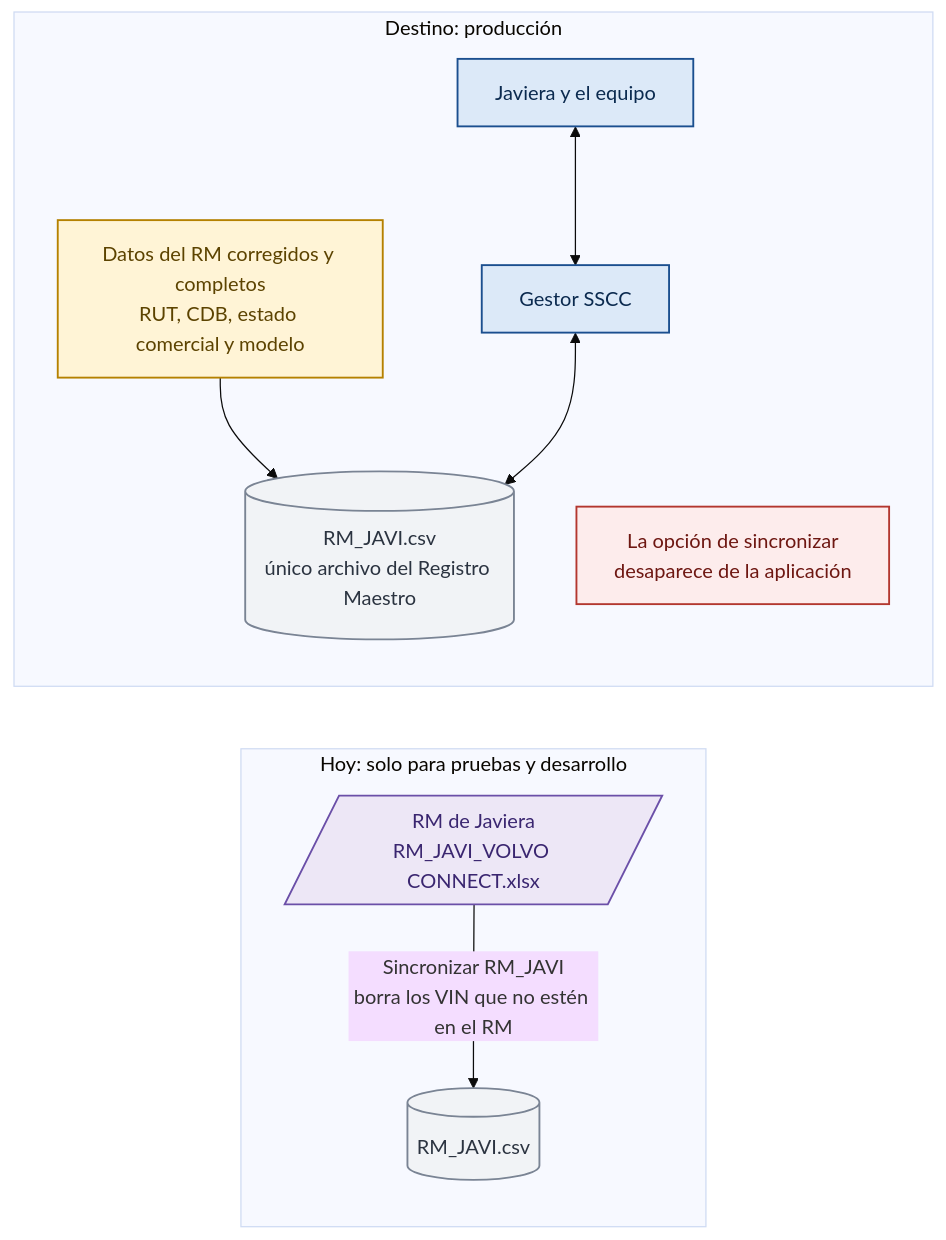
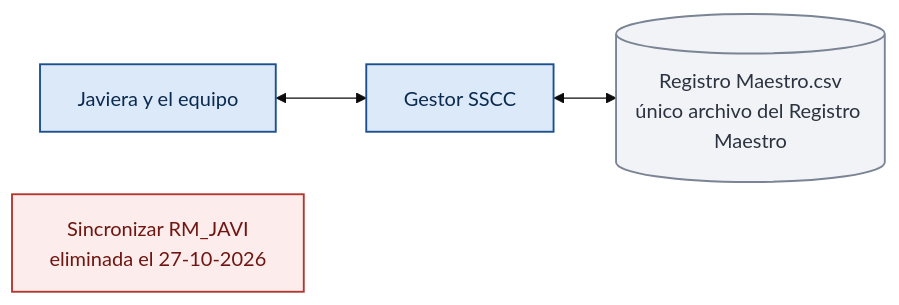
Diagram 19 of 31 in Fase 2/Evidencias Proyecto/Evidencias de documentación/docs/08. Arquitectura Visual y Diagramas.md (felipeMon20/PTY4614-302-EQUIPO-2), drawn with Mermaid (base theme) before and after one commit. The commit also changed other lines of this file and 315 other files, not shown here.

First line of the commit message:
Fase 2: actualiza Gestor SSCC a la version final (Evidencias de sistema y documentacion)

````diff
--- a/Fase 2/Evidencias Proyecto/Evidencias de documentación/docs/08. Arquitectura Visual y Diagramas.md
+++ b/Fase 2/Evidencias Proyecto/Evidencias de documentación/docs/08. Arquitectura Visual y Diagramas.md
@@ -648,22 +663,14 @@
 ```mermaid
 flowchart LR
-    subgraph HOY["Hoy: solo para pruebas y desarrollo"]
-        direction TB
-        RMX[/"RM de Javiera<br/>RM_JAVI_VOLVO CONNECT.xlsx"/]:::externo -->|"Sincronizar RM_JAVI<br/>borra los VIN que no estén en el RM"| RMC[("RM_JAVI.csv")]:::archivo
-    end
-    subgraph FUT["Destino: producción"]
-        direction TB
-        DAT["Datos del RM corregidos y completos<br/>RUT, CDB, estado comercial y modelo"]:::aviso --> RM2[("RM_JAVI.csv<br/>único archivo del Registro Maestro")]:::archivo
-        APP["Gestor SSCC"]:::pantalla <--> RM2
-        EQ["Javiera y el equipo"]:::pantalla <--> APP
-        OFF["La opción de sincronizar<br/>desaparece de la aplicación"]:::alerta
-    end
+    APP["Gestor SSCC"]:::pantalla <--> RM2[("Registro Maestro.csv<br/>único archivo del Registro Maestro")]:::archivo
+    EQ["Javiera y el equipo"]:::pantalla <--> APP
+    OFF["Sincronizar RM_JAVI<br/>eliminada el 27-10-2026"]:::alerta
     classDef pantalla fill:#DCE9F8,stroke:#1B4F8F,color:#0B2A4F,stroke-width:1.5px
     classDef grupo fill:#1B4F8F,stroke:#0B2A4F,color:#FFFFFF,stroke-width:1.5px
     classDef accion fill:#E3F4E8,stroke:#2E7D4F,color:#14452A,stroke-width:1.5px
     classDef archivo fill:#F1F3F6,stroke:#7A8494,color:#2B3340,stroke-width:1.5px
     classDef externo fill:#EDE7F6,stroke:#6B4FA8,color:#3A2670,stroke-width:1.5px
     classDef alerta fill:#FDECEC,stroke:#B3372F,color:#6E1712,stroke-width:1.5px
     classDef aviso fill:#FFF4D6,stroke:#B58100,color:#5C4300,stroke-width:1.5px
     classDef neutro fill:#FFFFFF,stroke:#8A94A6,color:#2B3340,stroke-width:1.5px
 ```
````
